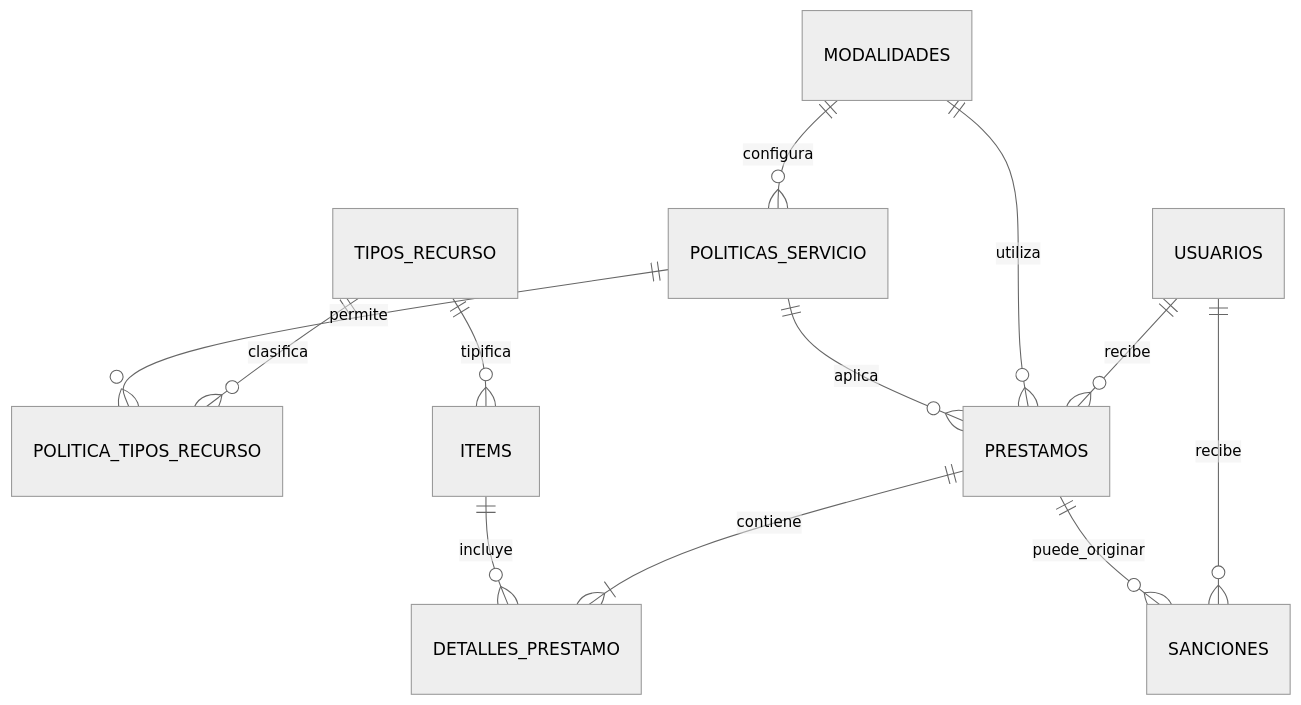
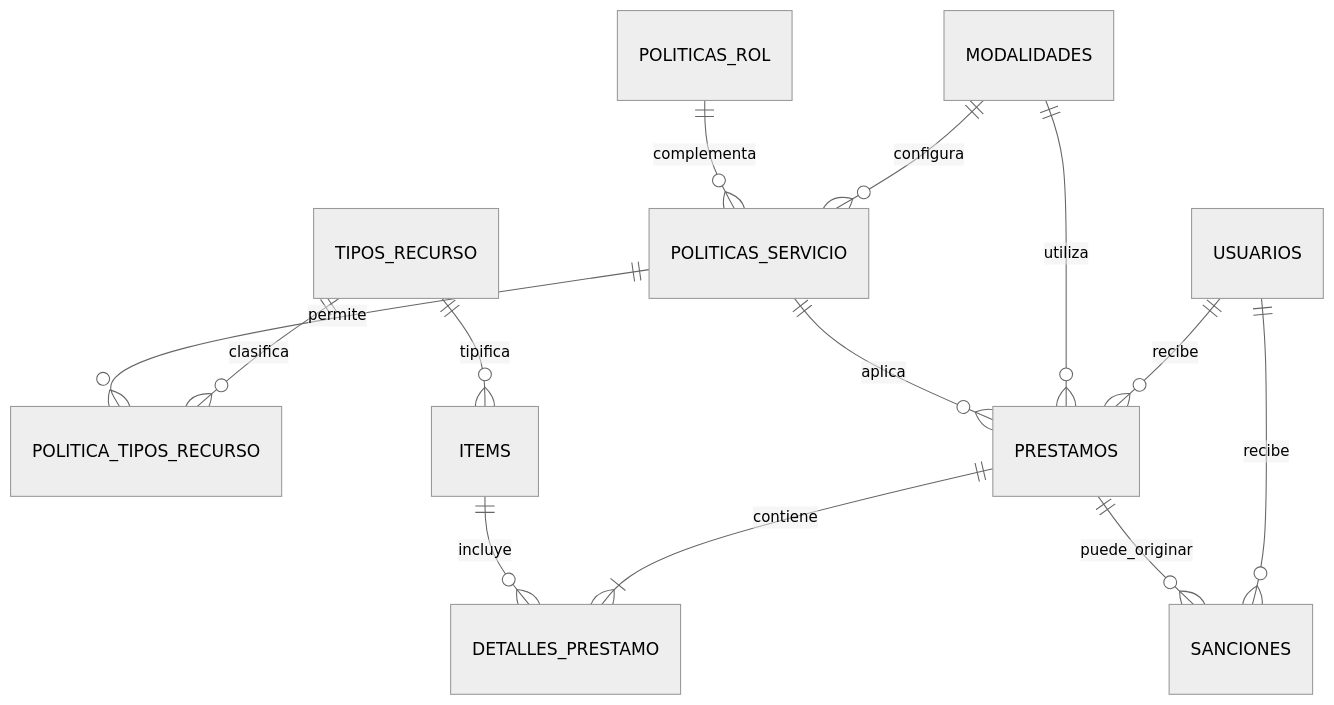
One commit to LuisEn2005/TI2-Sistema-de-Prestamos-Academico changed the diagram in docs/base-de-datos-normalizada.md. Above: the diagram before and after it, drawn with Mermaid (neutral theme). The commit also changed other lines of this file and 59 other files, not shown here.

````diff
--- a/docs/base-de-datos-normalizada.md
+++ b/docs/base-de-datos-normalizada.md
@@ -27,14 +32,15 @@
 ```mermaid
 erDiagram
     MODALIDADES ||--o{ POLITICAS_SERVICIO : configura
+    POLITICAS_ROL ||--o{ POLITICAS_SERVICIO : complementa
     TIPOS_RECURSO ||--o{ POLITICA_TIPOS_RECURSO : clasifica
     POLITICAS_SERVICIO ||--o{ POLITICA_TIPOS_RECURSO : permite
     USUARIOS ||--o{ PRESTAMOS : recibe
     MODALIDADES ||--o{ PRESTAMOS : utiliza
     POLITICAS_SERVICIO ||--o{ PRESTAMOS : aplica
     PRESTAMOS ||--|{ DETALLES_PRESTAMO : contiene
     USUARIOS ||--o{ SANCIONES : recibe
     PRESTAMOS ||--o{ SANCIONES : puede_originar
     ITEMS ||--o{ DETALLES_PRESTAMO : incluye
     TIPOS_RECURSO ||--o{ ITEMS : tipifica
 ```
````
